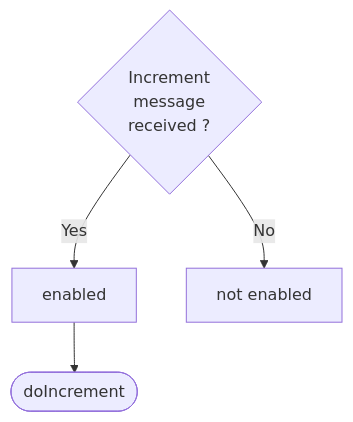
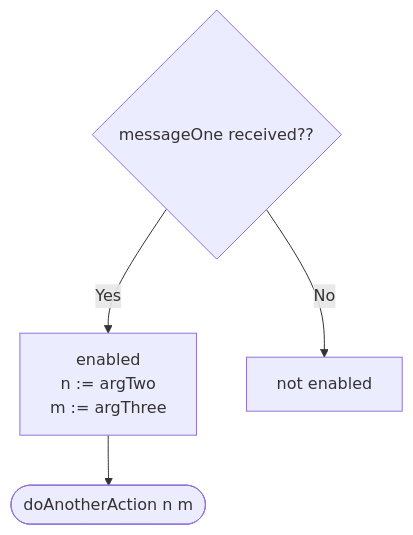
One commit to anoma/nspec changed the diagram in docs/tutorial/engines/template/engine_dynamics.juvix.md. Above: the diagram before and after it, drawn with Mermaid. The commit also changed other lines of this file, not shown here.

````diff
--- a/docs/tutorial/engines/template/engine_dynamics.juvix.md
+++ b/docs/tutorial/engines/template/engine_dynamics.juvix.md
@@ -551,7 +554,7 @@
         ```mermaid
         flowchart TD
-            C{Increment <br> message <br> received ?}
-            C -->|Yes| D[enabled]
+            C{messageOne received??}
+            C -->|Yes| D[enabled<br>n := argTwo<br>m := argThree ]
             C -->|No| E[not enabled]
-            D --> F([doIncrement])
+            D --> F([doAnotherAction n m])
         ```
````
